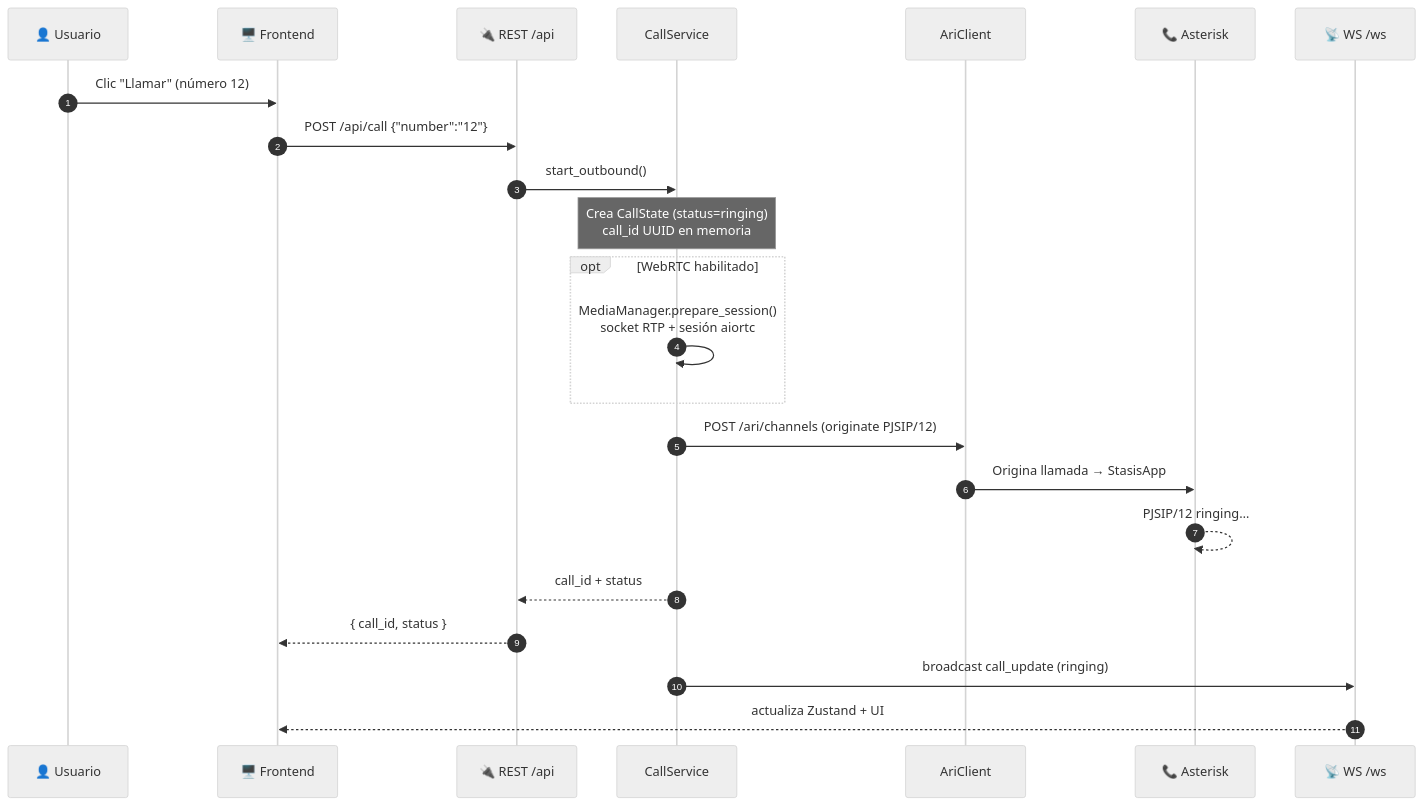
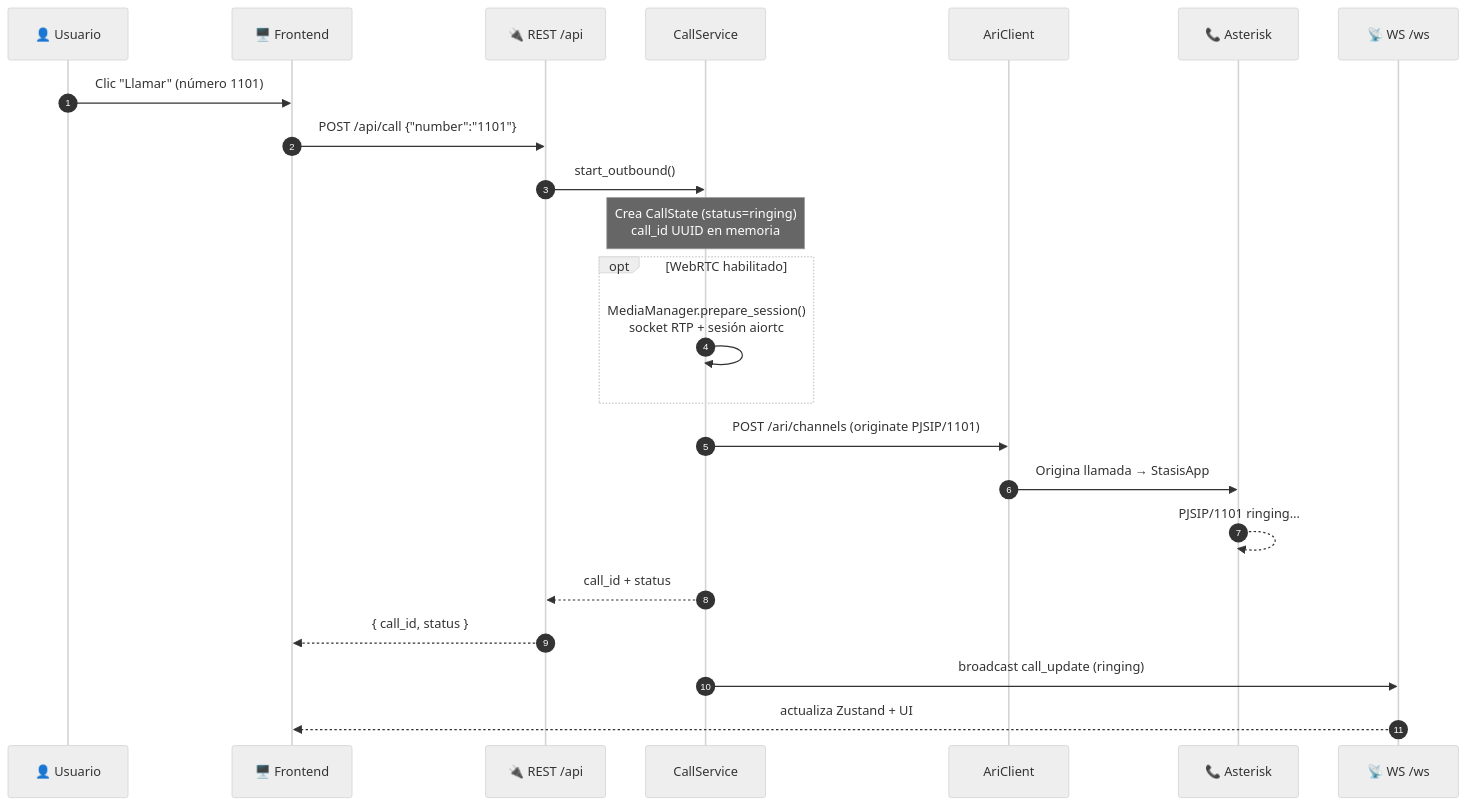
One commit to walterpisacco/llamadas-asterisk-ari changed the third of 8 diagrams in docs/FLUJO-LLAMADAS.md. Above: the diagram before and after it, drawn with Mermaid (neutral theme). The commit also changed other lines of this file, not shown here.

Commit message:
Update call flow documentation to reflect changes in example phone number from 12 to 1101 in various sections of FLUJO-LLAMADAS.md

````diff
--- a/docs/FLUJO-LLAMADAS.md
+++ b/docs/FLUJO-LLAMADAS.md
@@ -85,30 +85,30 @@
 ```mermaid
 sequenceDiagram
     autonumber
     participant U as 👤 Usuario
     participant FE as 🖥️ Frontend
     participant API as 🔌 REST /api
     participant CS as CallService
     participant ARI as AriClient
     participant AST as 📞 Asterisk
     participant WS as 📡 WS /ws
 
-    U->>FE: Clic "Llamar" (número 12)
-    FE->>API: POST /api/call {"number":"12"}
+    U->>FE: Clic "Llamar" (número 1101)
+    FE->>API: POST /api/call {"number":"1101"}
     API->>CS: start_outbound()
 
     Note over CS: Crea CallState (status=ringing)<br/>call_id UUID en memoria
 
     opt WebRTC habilitado
         CS->>CS: MediaManager.prepare_session()<br/>socket RTP + sesión aiortc
     end
 
-    CS->>ARI: POST /ari/channels (originate PJSIP/12)
+    CS->>ARI: POST /ari/channels (originate PJSIP/1101)
     ARI->>AST: Origina llamada → StasisApp
-    AST-->>AST: PJSIP/12 ringing…
+    AST-->>AST: PJSIP/1101 ringing…
 
     CS-->>API: call_id + status
     API-->>FE: { call_id, status }
     CS->>WS: broadcast call_update (ringing)
     WS-->>FE: actualiza Zustand + UI
 ```
````
